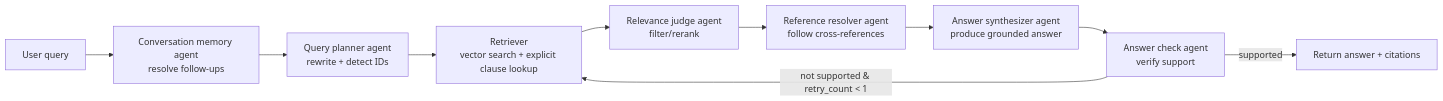
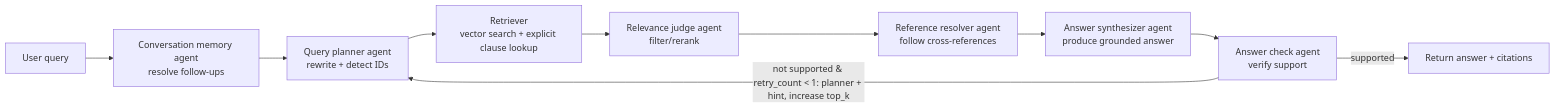
One commit to 1haochen/multi_agent_rags_f1_regulations changed the diagram in README.md. Above: the diagram before and after it, drawn with Mermaid.

Commit message:
update mermaid graph
Made-with: Cursor

````diff
--- a/README.md
+++ b/README.md
@@ -108,12 +108,12 @@
 ```mermaid
 flowchart LR
   A[User query] --> B[Conversation memory agent\nresolve follow-ups]
   B --> C[Query planner agent\nrewrite + detect IDs]
   C --> D[Retriever\nvector search + explicit clause lookup]
   D --> E[Relevance judge agent\nfilter/rerank]
   E --> F[Reference resolver agent\nfollow cross-references]
   F --> G[Answer synthesizer agent\nproduce grounded answer]
   G --> H[Answer check agent\nverify support]
   H -->|supported| I[Return answer + citations]
-  H -->|not supported & retry_count < 1| D
+  H -->|not supported & retry_count < 1: planner + hint, increase top_k| C
 ```
````
